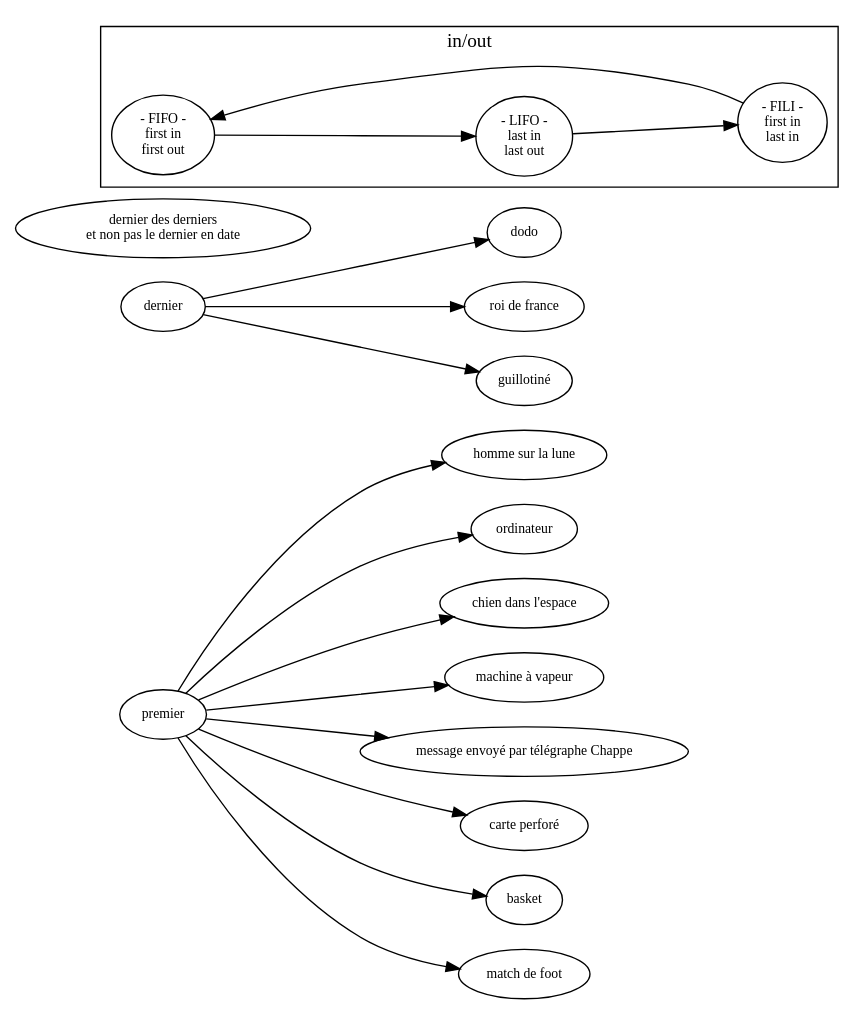
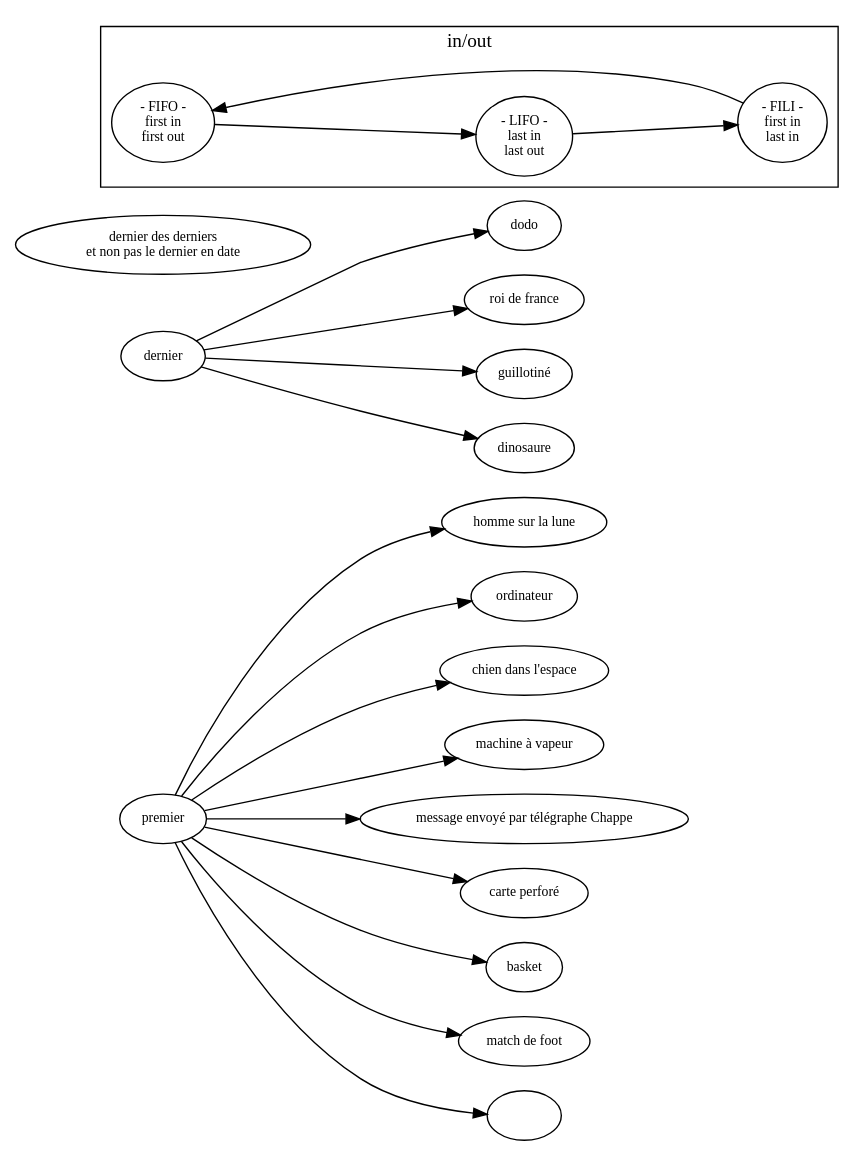
Before and after one commit to ensad-nancy/first-last: the diagram in sujet.dot, drawn with Graphviz.

Commit message:
+	first -> "" +	last -> "dinosaure"

```diff
--- a/sujet.dot
+++ b/sujet.dot
@@ -1,38 +1,40 @@
 digraph {
 
 	fontname="myriadpro"
 	fontsize = 14
 	rankdir="LR"
 	node [fontname="myriadpro", fontsize = 10]
 	edge [fontname="monaco", fontsize = 9]
 	
 	first [label="premier"]
 	last [label="dernier"]
 	
 	"dernier des derniers\n et non pas le dernier en date" 
 
 	first -> "homme sur la lune"
 	first -> "ordinateur"
 	first -> "chien dans l'espace"
 	first -> "machine à vapeur"
 	first -> "message envoyé par télégraphe Chappe"
 	first -> "carte perforé"
 	first -> "basket"
 	first -> "match de foot"
+	first -> ""
 	
 	last -> dodo
 	last -> "roi de france"
 	last -> "guillotiné"
+	last -> "dinosaure"
 
 	subgraph cluster_FO{
 	
 		label="in/out"
 		
 		FIFO [label="- FIFO -\nfirst in\nfirst out"]
 		LIFO [label="- LIFO -\nlast in\nlast out"]
 		FILI [label="- FILI -\nfirst in\n last in"]
 
 		FILI -> FIFO -> LIFO -> FILI
 	}
 	
 }
```
